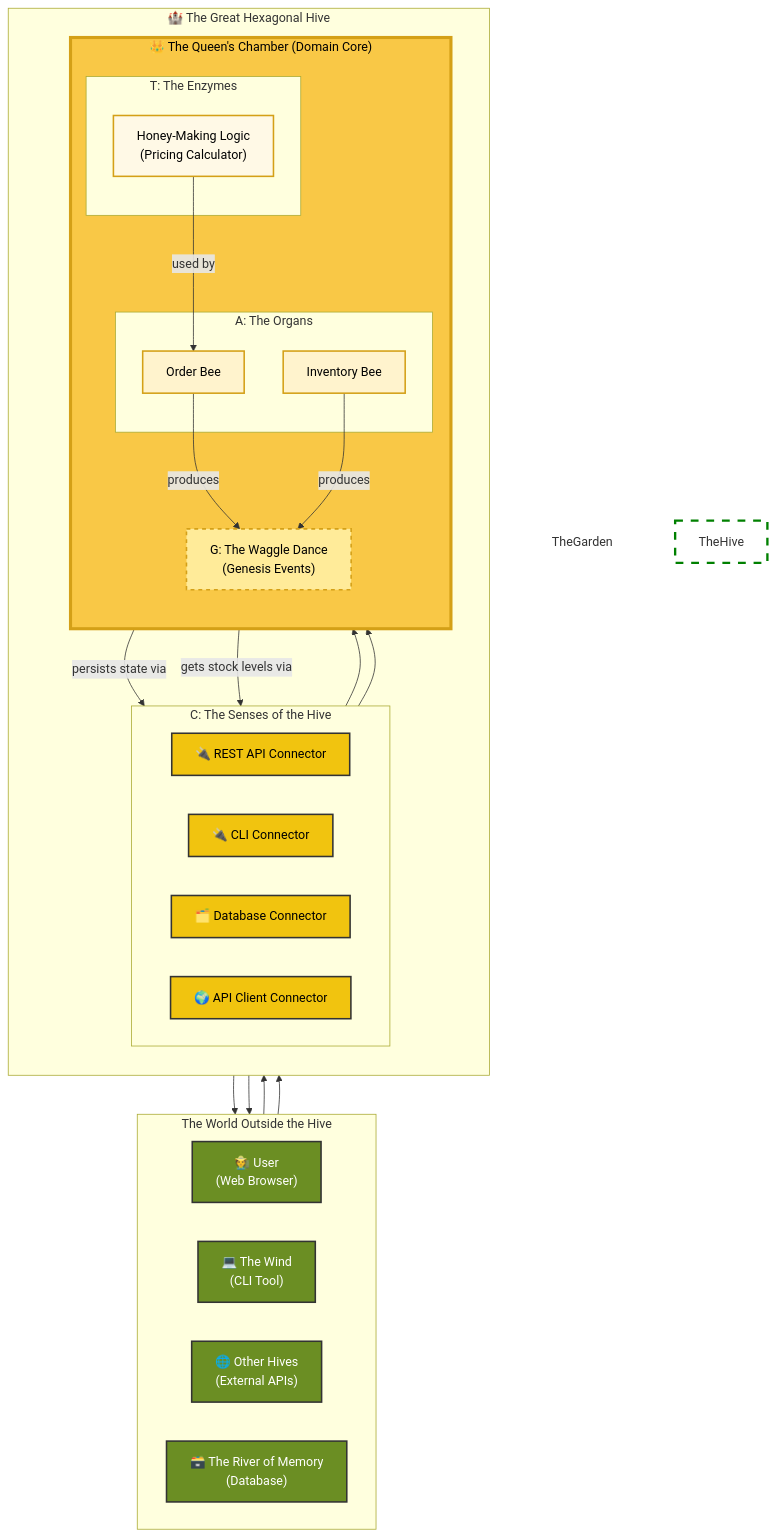
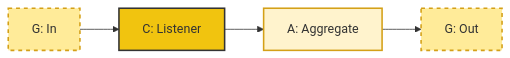
Before and after one commit to zaebee/agents: the fourth of 5 diagrams in article.md, drawn with Mermaid. The commit also changed other lines of this file and 33 other files, not shown here.

````diff
--- a/article.md
+++ b/article.md
@@ -63,72 +55,4 @@
-```mermaid
-graph TD
-    subgraph The Garden [The World Outside the Hive]
-        direction LR
-        User["🧑‍🌾 User <br/>(Web Browser)"]
-        CLI["💻 The Wind <br/>(CLI Tool)"]
-        ExternalAPI["🌐 Other Hives <br/>(External APIs)"]
-        Database["🗃️ The River of Memory <br/>(Database)"]
-    end
-
-    subgraph The Hive [🏰 The Great Hexagonal Hive]
-        direction TB
-
-        subgraph Connectors [C: The Senses of the Hive]
-            direction LR
-            RestConnector["🔌 REST API Connector"]
-            CliConnector["🔌 CLI Connector"]
-            DbConnector["🗂️ Database Connector"]
-            ApiClientConnector["🌍 API Client Connector"]
-        end
-
-        subgraph DomainCore ["👑 The Queen's Chamber (Domain Core)"]
-            direction TB
-
-            subgraph Aggregates [A: The Organs]
-                OrderAggregate["Order Bee"]
-                InventoryAggregate["Inventory Bee"]
-            end
-
-            subgraph Transformations [T: The Enzymes]
-                PricingTransformation["Honey-Making Logic <br/>(Pricing Calculator)"]
-            end
-
-            GenesisEvent["G: The Waggle Dance <br/>(Genesis Events)"]
-
-            OrderAggregate -- produces --> GenesisEvent
-            InventoryAggregate -- produces --> GenesisEvent
-            PricingTransformation -- used by --> OrderAggregate
-        end
-    end
-
-    %% Connections
-    User --> RestConnector
-    CLI --> CliConnector
-
-    RestConnector --> OrderAggregate
-    CliConnector --> InventoryAggregate
-
-    OrderAggregate -- "persists state via" --> DbConnector
-    InventoryAggregate -- "gets stock levels via" --> ApiClientConnector
-
-    DbConnector --> Database
-    ApiClientConnector --> ExternalAPI
-
-    %% Styling
-    classDef external fill:#6B8E23,stroke:#333,stroke-width:2px,color:white
-    classDef connector fill:#f1c40f,stroke:#333,stroke-width:2px,color:black
-    classDef domain fill:#f9c846,stroke:#d4a017,stroke-width:4px,color:black
-    classDef aggregate fill:#fff3cd,stroke:#d4a017,stroke-width:2px,color:black
-    classDef transformation fill:#fff9e6,stroke:#d4a017,stroke-width:2px,color:black
-    classDef event fill:#ffeb99,stroke:#d4a017,stroke-width:2px,stroke-dasharray: 5 5,color:black
-
-    class User,CLI,ExternalAPI,Database external;
-    class RestConnector,CliConnector,DbConnector,ApiClientConnector connector;
-    class DomainCore domain;
-    class OrderAggregate,InventoryAggregate aggregate;
-    class PricingTransformation transformation;
-    class GenesisEvent event;
-
-    style TheGarden fill:none,stroke:none
-    style TheHive fill:none,stroke:green,stroke-width:3px,stroke-dasharray: 10 10
-```
+    ```mermaid
+    graph LR; G_In[G: In] --> C[C: Listener] --> A[A: Aggregate] --> G_Out[G: Out];
+    style G_In fill:#ffeb99,stroke:#d4a017,stroke-width:2px,stroke-dasharray: 5 5; style C fill:#f1c40f,stroke:#333,stroke-width:2px; style A fill:#fff3cd,stroke:#d4a017,stroke-width:2px; style G_Out fill:#ffeb99,stroke:#d4a017,stroke-width:2px,stroke-dasharray: 5 5;
+    ```
````
